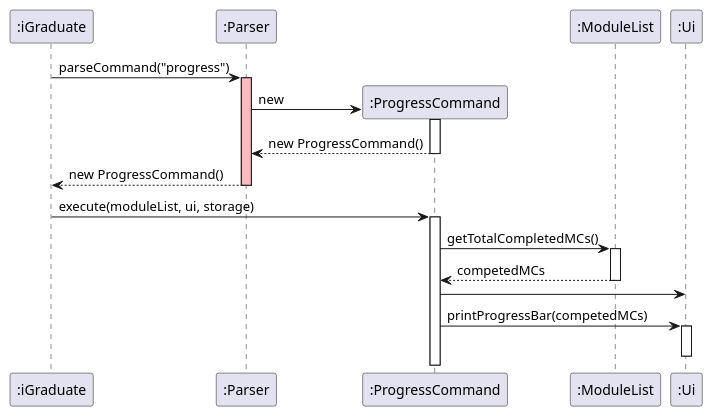
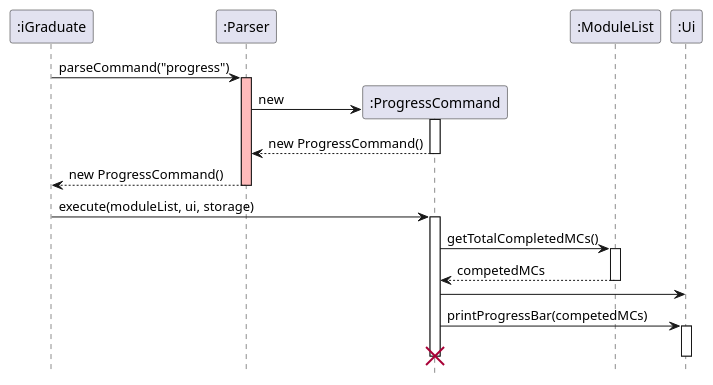
Before and after one commit to oscarlai1998/tp: the diagram in docs/diagrams/ProgressSequenceDiagram.puml, drawn with PlantUML. The commit also changed 19 other files, not shown here.

Commit message:
Modify sequence diagrams and captions of DG

```diff
--- a/docs/diagrams/ProgressSequenceDiagram.puml
+++ b/docs/diagrams/ProgressSequenceDiagram.puml
@@ -1,35 +1,37 @@
 @startuml
+hide footbox
+
 participant ":iGraduate" as iGraduate
 participant ":Parser" as Parser
 participant ":ProgressCommand" as ProgressCommand
 participant ":ModuleList" as ModuleList
 participant ":Ui" as Ui
 
 iGraduate -> Parser: parseCommand("progress")
 activate Parser #FFBBBB
 
 create ProgressCommand
 Parser -> ProgressCommand: new
 activate ProgressCommand
 ProgressCommand --> Parser: new ProgressCommand()
 deactivate ProgressCommand
 
 Parser --> iGraduate: new ProgressCommand()
 deactivate Parser
 
 iGraduate -> ProgressCommand: execute(moduleList, ui, storage)
 activate ProgressCommand
 
 ProgressCommand -> ModuleList: getTotalCompletedMCs()
 activate ModuleList
 ModuleList --> ProgressCommand: competedMCs
 deactivate ModuleList
 
 ProgressCommand -> Ui
 ProgressCommand -> Ui: printProgressBar(competedMCs)
 activate Ui
 deactivate Ui
-
+destroy ProgressCommand
 
 
 @enduml
```
